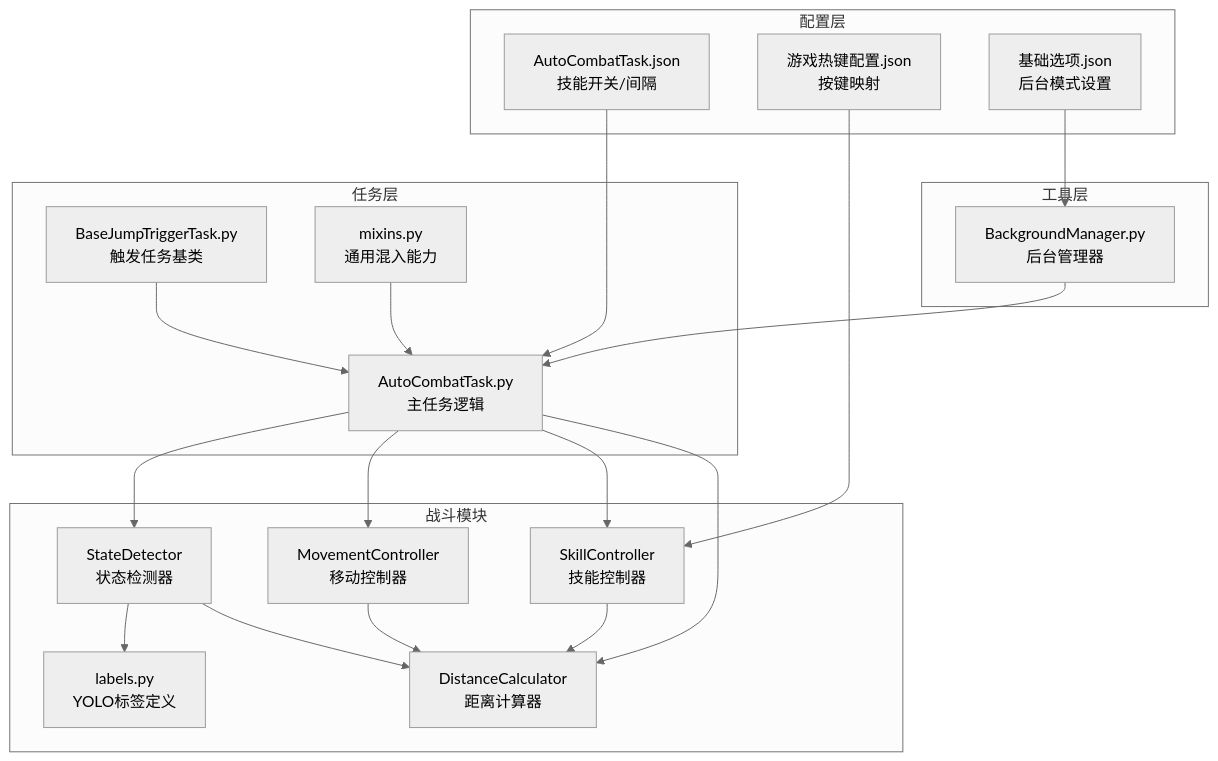
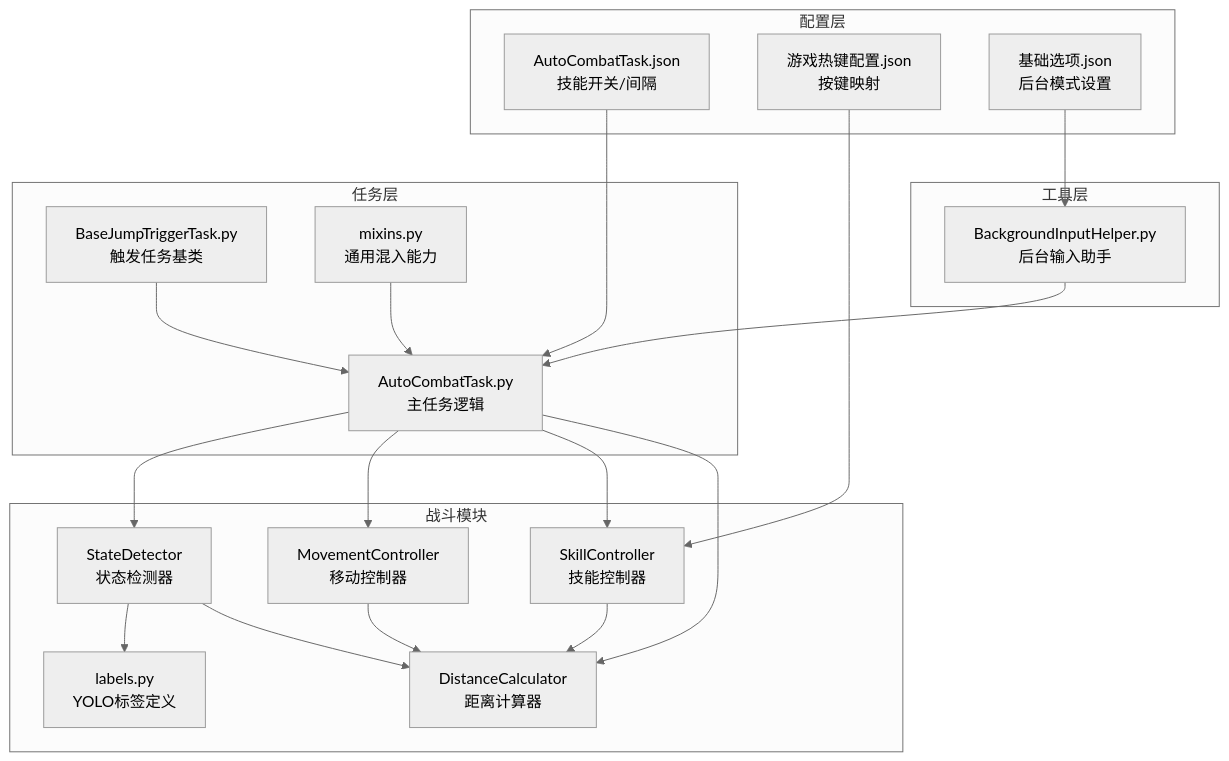
The first of 10 diagrams in .qoder/repowiki/zh/content/任务系统/自动战斗任务.md (xsy098-max/ok-jump), drawn with Mermaid (neutral theme) before and after one commit. The commit also changed other lines of this file and 22 other files, not shown here.

````diff
--- a/.qoder/repowiki/zh/content/任务系统/自动战斗任务.md
+++ b/.qoder/repowiki/zh/content/任务系统/自动战斗任务.md
@@ -45,37 +54,37 @@
 ```mermaid
 graph TB
 subgraph "配置层"
 CFG1["AutoCombatTask.json<br/>技能开关/间隔"]
 CFG2["游戏热键配置.json<br/>按键映射"]
 CFG3["基础选项.json<br/>后台模式设置"]
 end
 subgraph "任务层"
 T1["AutoCombatTask.py<br/>主任务逻辑"]
 T2["BaseJumpTriggerTask.py<br/>触发任务基类"]
 T3["mixins.py<br/>通用混入能力"]
 end
 subgraph "战斗模块"
 M1["StateDetector<br/>状态检测器"]
 M2["MovementController<br/>移动控制器"]
 M3["SkillController<br/>技能控制器"]
 M4["DistanceCalculator<br/>距离计算器"]
 L1["labels.py<br/>YOLO标签定义"]
 end
 subgraph "工具层"
-U1["BackgroundManager.py<br/>后台管理器"]
+U1["BackgroundInputHelper.py<br/>后台输入助手"]
 end
 CFG1 --> T1
 CFG2 --> M3
 CFG3 --> U1
 T2 --> T1
 T3 --> T1
 T1 --> M1
 T1 --> M2
 T1 --> M3
 T1 --> M4
 M1 --> L1
 M1 --> M4
 M2 --> M4
 M3 --> M4
 U1 --> T1
 ```
````
